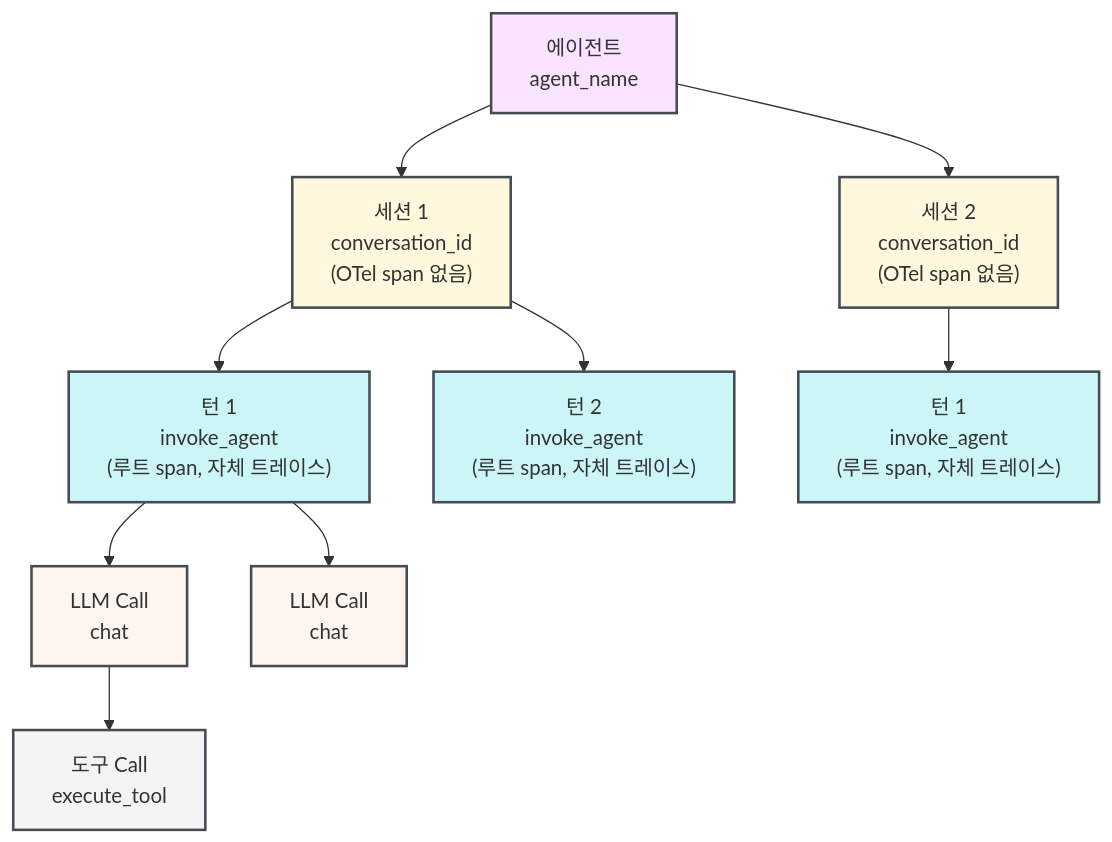
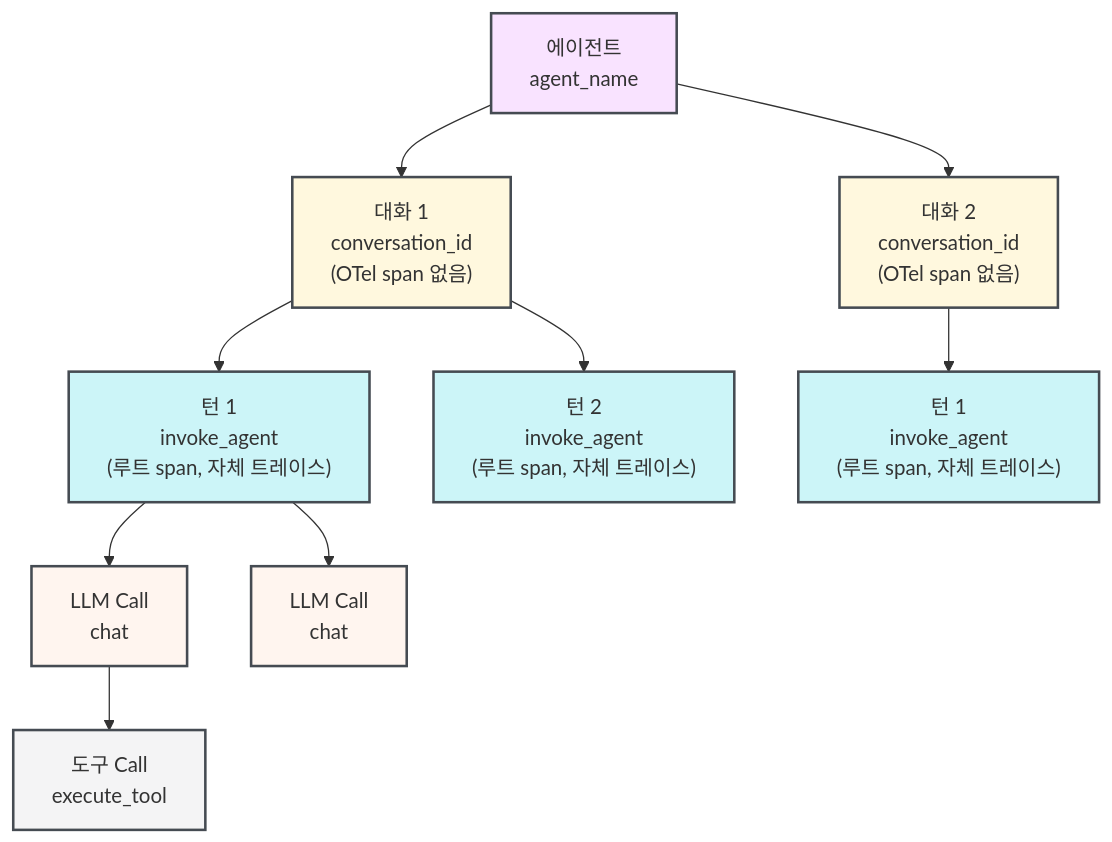
The diagram in ko/weave/guides/tracking/trace-agents.mdx (wandb/docs), drawn with Mermaid before and after one commit. The commit also changed other lines of this file and 361 other files, not shown here.

````diff
--- a/ko/weave/guides/tracking/trace-agents.mdx
+++ b/ko/weave/guides/tracking/trace-agents.mdx
@@ -77,34 +77,34 @@
 ```mermaid
 flowchart TB
     Agent["에이전트<br/>agent_name"]
 
     Agent --> S1 & S2
 
-    S1["세션 1<br/>conversation_id<br/>(OTel span 없음)"]
-    S2["세션 2<br/>conversation_id<br/>(OTel span 없음)"]
+    S1["대화 1<br/>conversation_id<br/>(OTel span 없음)"]
+    S2["대화 2<br/>conversation_id<br/>(OTel span 없음)"]
 
     S1 --> T1 & T2
     S2 --> T3
 
     T1["턴 1<br/>invoke_agent<br/>(루트 span, 자체 트레이스)"]
     T2["턴 2<br/>invoke_agent<br/>(루트 span, 자체 트레이스)"]
     T3["턴 1<br/>invoke_agent<br/>(루트 span, 자체 트레이스)"]
 
     T1 --> L1 & L2
     L1["LLM Call<br/>chat"]
     L2["LLM Call<br/>chat"]
 
     L1 --> Tool1["도구 Call<br/>execute_tool"]
 
     classDef agent fill:#DE72FF33,stroke:#454B52,stroke-width:2px
-    classDef session fill:#FFD95C33,stroke:#454B52,stroke-width:2px
+    classDef conversation fill:#FFD95C33,stroke:#454B52,stroke-width:2px
     classDef turn fill:#00CDDB33,stroke:#454B52,stroke-width:2px
     classDef llm fill:#FFCBAD33,stroke:#454B52,stroke-width:2px
     classDef tool fill:#f4f4f5,stroke:#454B52,stroke-width:2px
 
     class Agent agent
-    class S1,S2 session
+    class S1,S2 conversation
     class T1,T2,T3 turn
     class L1,L2 llm
     class Tool1 tool
 ```
````
